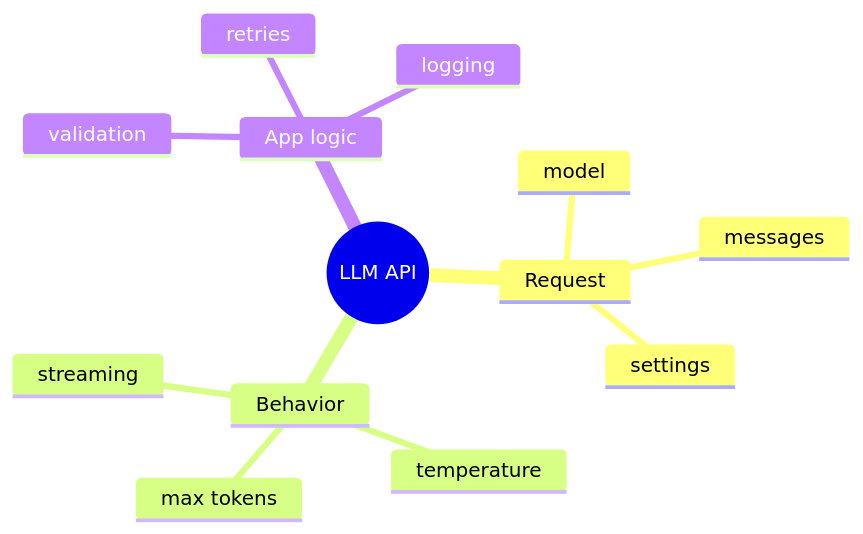
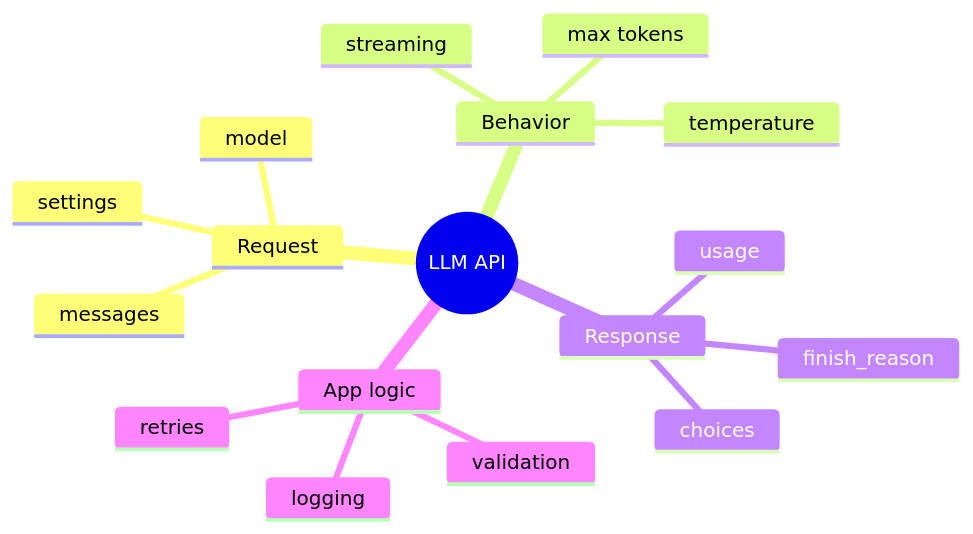
Before and after one commit to Asabeneh/30-Days-Of-AI-Engineering: the fourth of 11 diagrams in day_06/day_06_llm_apis.md, drawn with Mermaid. The commit also changed other lines of this file and 49 other files, not shown here.

````diff
--- a/day_06/day_06_llm_apis.md
+++ b/day_06/day_06_llm_apis.md
@@ -161,16 +259,20 @@
 ```mermaid
 mindmap
   root((LLM API))
     Request
       model
       messages
       settings
     Behavior
       temperature
       max tokens
       streaming
+    Response
+      choices
+      usage
+      finish_reason
     App logic
       validation
       retries
       logging
 ```
````
